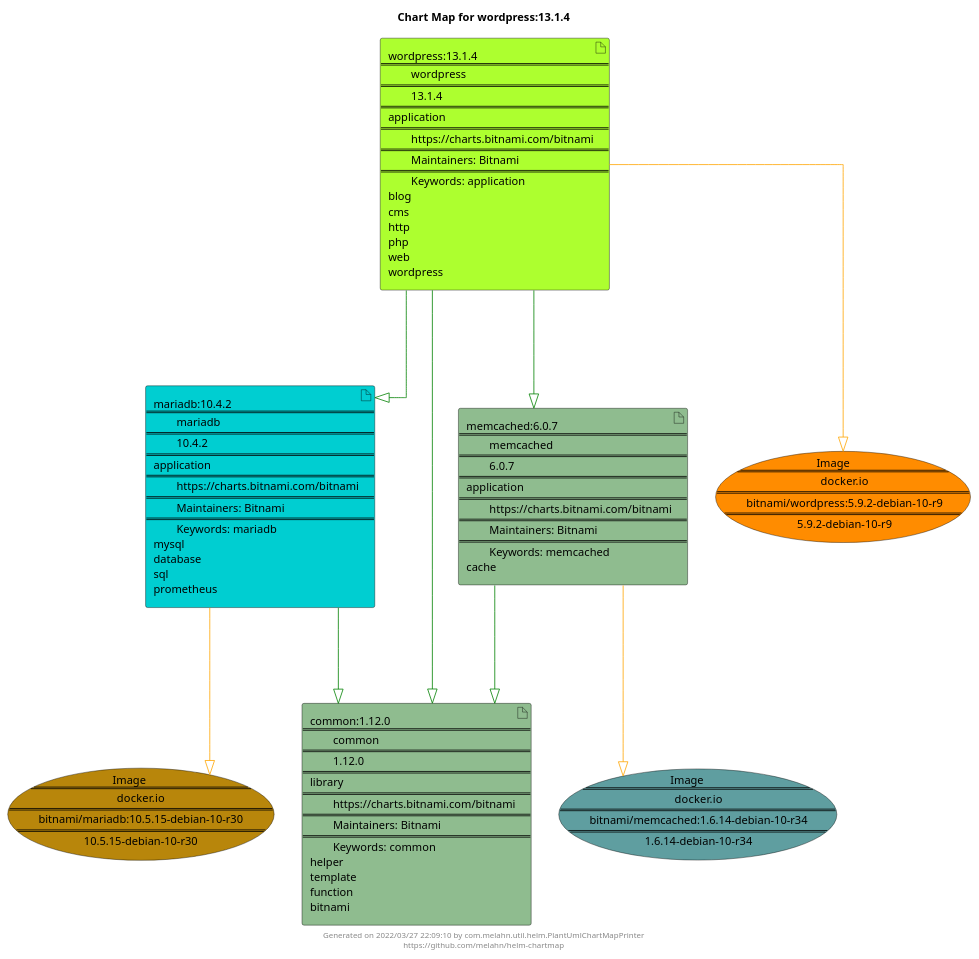
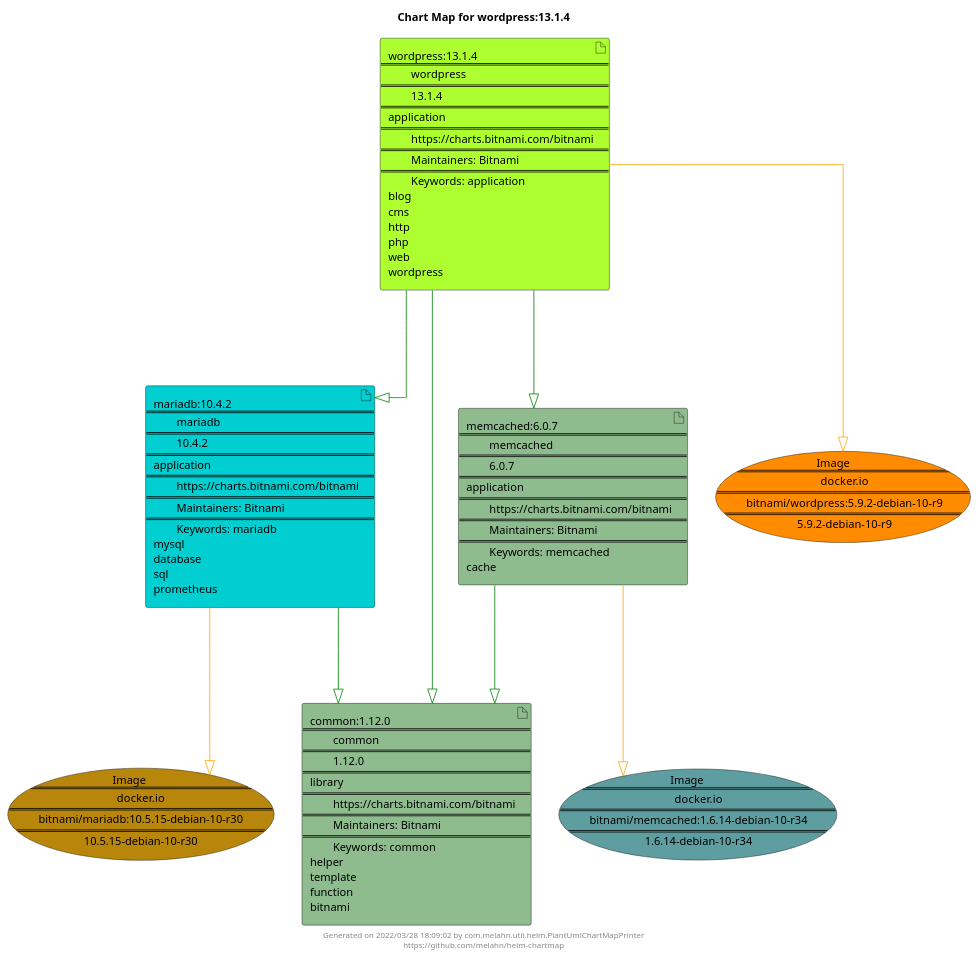
The diagram in docs/wordpress/wordpress-13.1.4.puml (melahn/helm-chartmap), drawn with PlantUML before and after one commit. The commit also changed 55 other files, not shown here.

Commit message:
Update Example Chart Maps as part of GitHub build

```diff
--- a/docs/wordpress/wordpress-13.1.4.puml
+++ b/docs/wordpress/wordpress-13.1.4.puml
@@ -1,33 +1,33 @@
 @startuml
 skinparam linetype ortho
 skinparam backgroundColor white
 skinparam usecaseBorderColor black
 skinparam usecaseArrowColor LightSlateGray
 skinparam artifactBorderColor black
 skinparam artifactArrowColor LightSlateGray
 
 title Chart Map for wordpress:13.1.4
 
 'There are 4 referenced Helm Charts
 artifact "wordpress:13.1.4\n====\n\twordpress\n====\n\t13.1.4\n====\napplication\n====\n\thttps://charts.bitnami.com/bitnami\n====\n\tMaintainers: Bitnami\n====\n\tKeywords: application\nblog\ncms\nhttp\nphp\nweb\nwordpress" as wordpress_13_1_4 #GreenYellow
 artifact "mariadb:10.4.2\n====\n\tmariadb\n====\n\t10.4.2\n====\napplication\n====\n\thttps://charts.bitnami.com/bitnami\n====\n\tMaintainers: Bitnami\n====\n\tKeywords: mariadb\nmysql\ndatabase\nsql\nprometheus" as mariadb_10_4_2 #DarkTurquoise
 artifact "memcached:6.0.7\n====\n\tmemcached\n====\n\t6.0.7\n====\napplication\n====\n\thttps://charts.bitnami.com/bitnami\n====\n\tMaintainers: Bitnami\n====\n\tKeywords: memcached\ncache" as memcached_6_0_7 #DarkSeaGreen
 artifact "common:1.12.0\n====\n\tcommon\n====\n\t1.12.0\n====\nlibrary\n====\n\thttps://charts.bitnami.com/bitnami\n====\n\tMaintainers: Bitnami\n====\n\tKeywords: common\nhelper\ntemplate\nfunction\nbitnami" as common_1_12_0 #DarkSeaGreen
 
 'There are 3 referenced Docker Images
 usecase "Image\n====\n\tdocker.io\n====\n\tbitnami/mariadb:10.5.15-debian-10-r30\n====\n\t10.5.15-debian-10-r30" as docker_io_bitnami_mariadb_10_5_15_debian_10_r30 #DarkGoldenRod
 usecase "Image\n====\n\tdocker.io\n====\n\tbitnami/memcached:1.6.14-debian-10-r34\n====\n\t1.6.14-debian-10-r34" as docker_io_bitnami_memcached_1_6_14_debian_10_r34 #CadetBlue
 usecase "Image\n====\n\tdocker.io\n====\n\tbitnami/wordpress:5.9.2-debian-10-r9\n====\n\t5.9.2-debian-10-r9" as docker_io_bitnami_wordpress_5_9_2_debian_10_r9 #Darkorange
 
 'Chart Dependencies
-wordpress_13_1_4--[#green]-|>mariadb_10_4_2
-mariadb_10_4_2--[#green]-|>common_1_12_0
 wordpress_13_1_4--[#green]-|>memcached_6_0_7
 memcached_6_0_7--[#green]-|>common_1_12_0
 wordpress_13_1_4--[#green]-|>common_1_12_0
+wordpress_13_1_4--[#green]-|>mariadb_10_4_2
+mariadb_10_4_2--[#green]-|>common_1_12_0
 wordpress_13_1_4--[#orange]-|>docker_io_bitnami_wordpress_5_9_2_debian_10_r9
 mariadb_10_4_2--[#orange]-|>docker_io_bitnami_mariadb_10_5_15_debian_10_r30
 memcached_6_0_7--[#orange]-|>docker_io_bitnami_memcached_1_6_14_debian_10_r34
 
-center footer Generated on 2022/03/27 22:09:10 by com.melahn.util.helm.PlantUmlChartMapPrinter\nhttps://github.com/melahn/helm-chartmap
+center footer Generated on 2022/03/28 18:09:02 by com.melahn.util.helm.PlantUmlChartMapPrinter\nhttps://github.com/melahn/helm-chartmap
 @enduml
```
